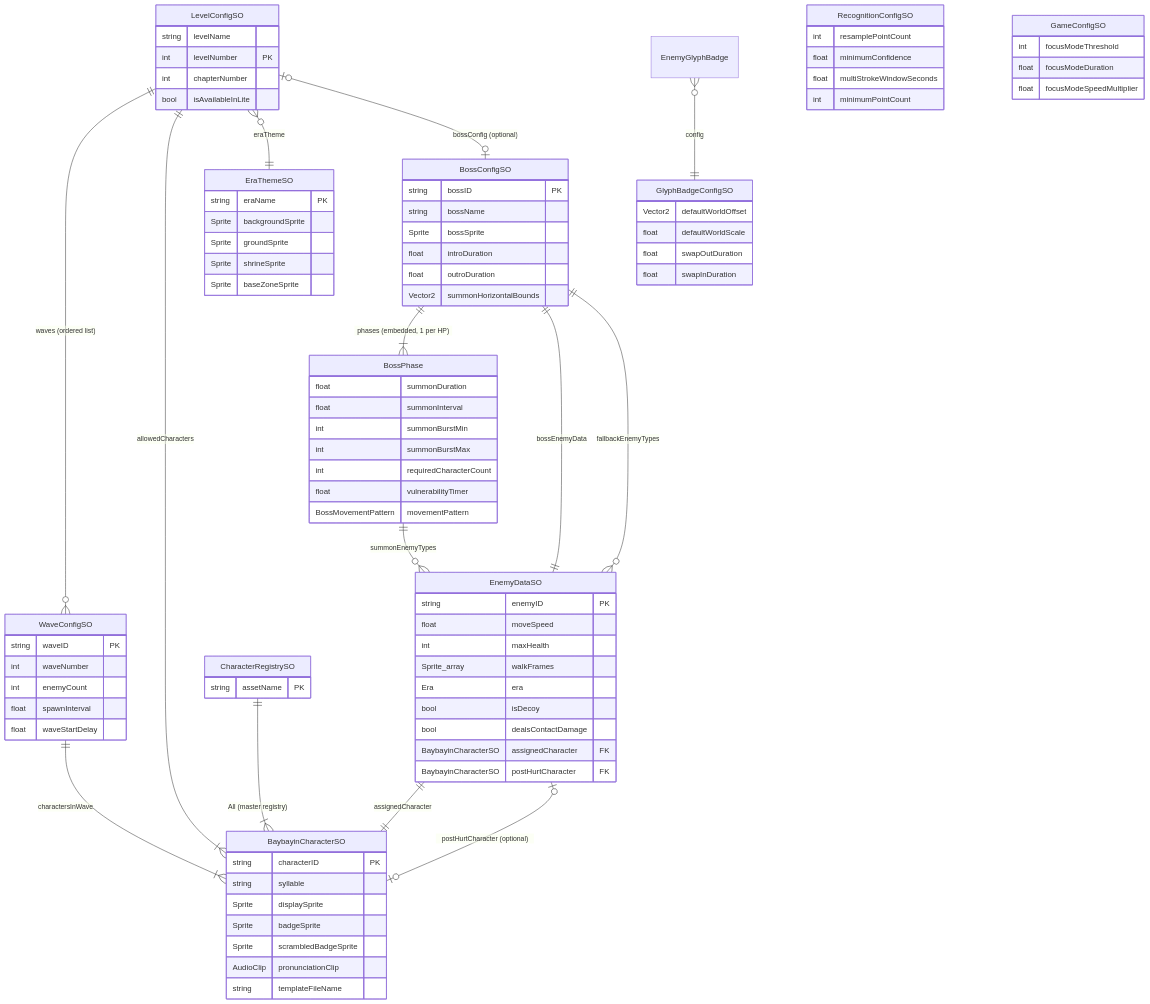
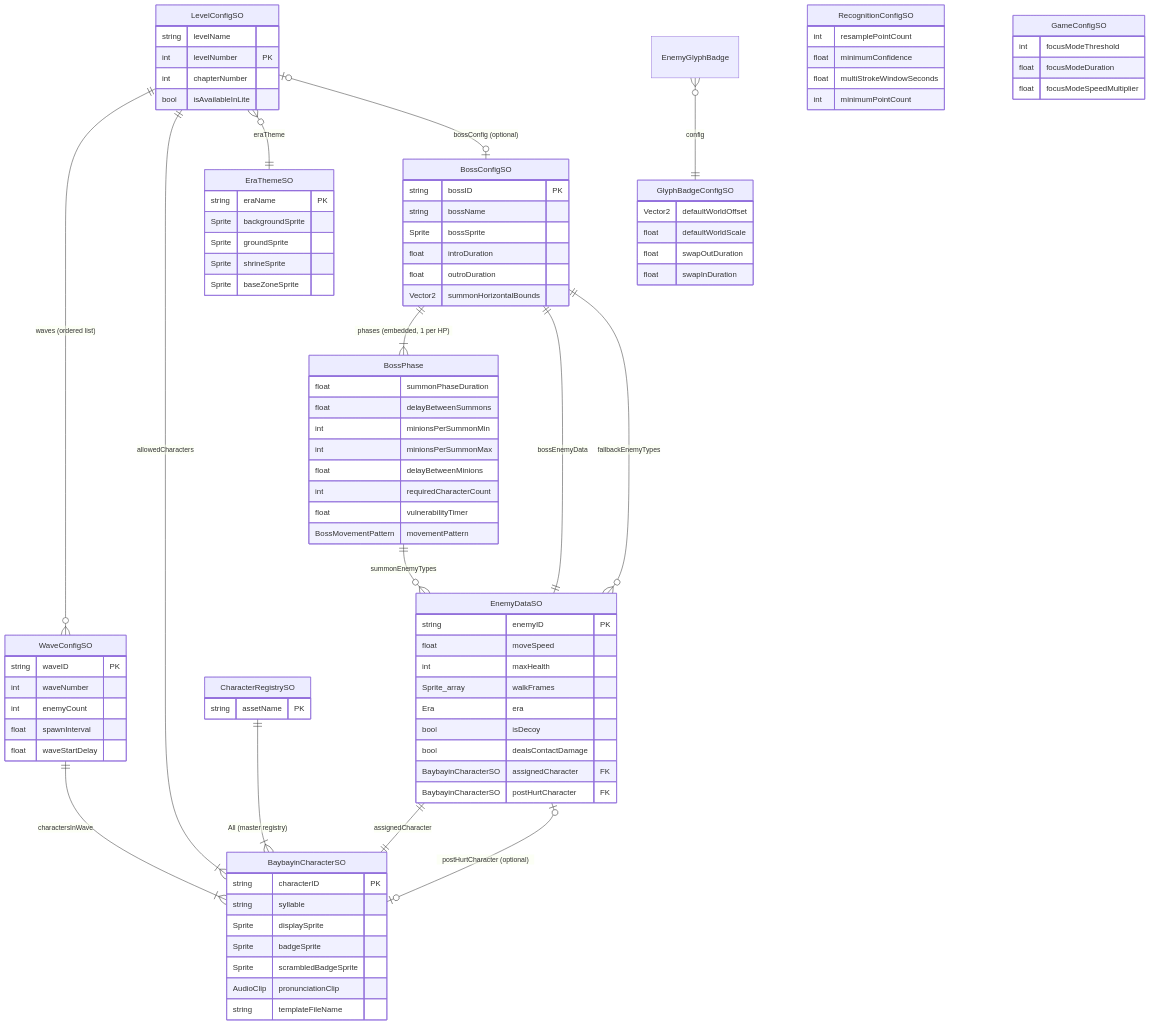
The first of 5 diagrams in docs/capstone/SystemDiagrams.md (chdean-09/salinlahi), drawn with Mermaid before and after one commit. The commit also changed other lines of this file and 4 other files, not shown here.

Commit message:
docs: SALIN-98 sync BossPhase rename and streaming summon model

```diff
--- a/docs/capstone/SystemDiagrams.md
+++ b/docs/capstone/SystemDiagrams.md
@@ -100,10 +100,11 @@
     }
 
     BossPhase {
-        float summonDuration
-        float summonInterval
-        int summonBurstMin
-        int summonBurstMax
+        float summonPhaseDuration
+        float delayBetweenSummons
+        int minionsPerSummonMin
+        int minionsPerSummonMax
+        float delayBetweenMinions
         int requiredCharacterCount
         float vulnerabilityTimer
         BossMovementPattern movementPattern
```
